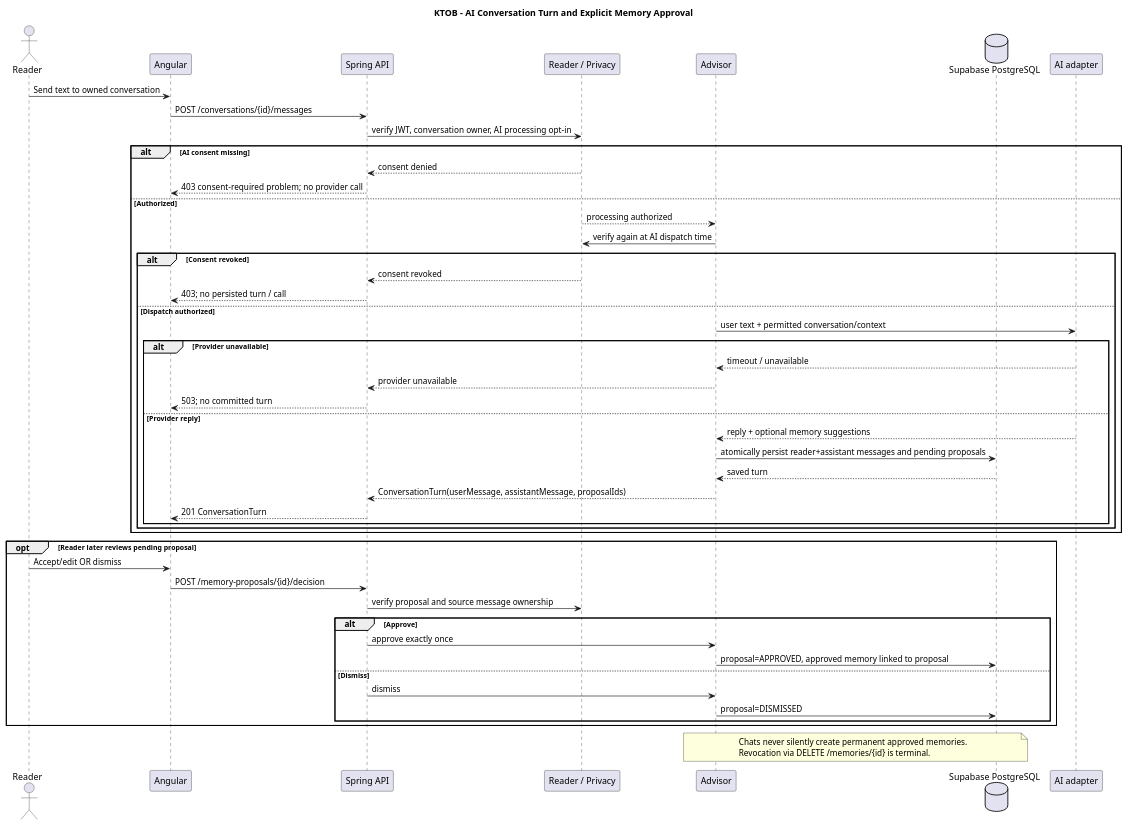
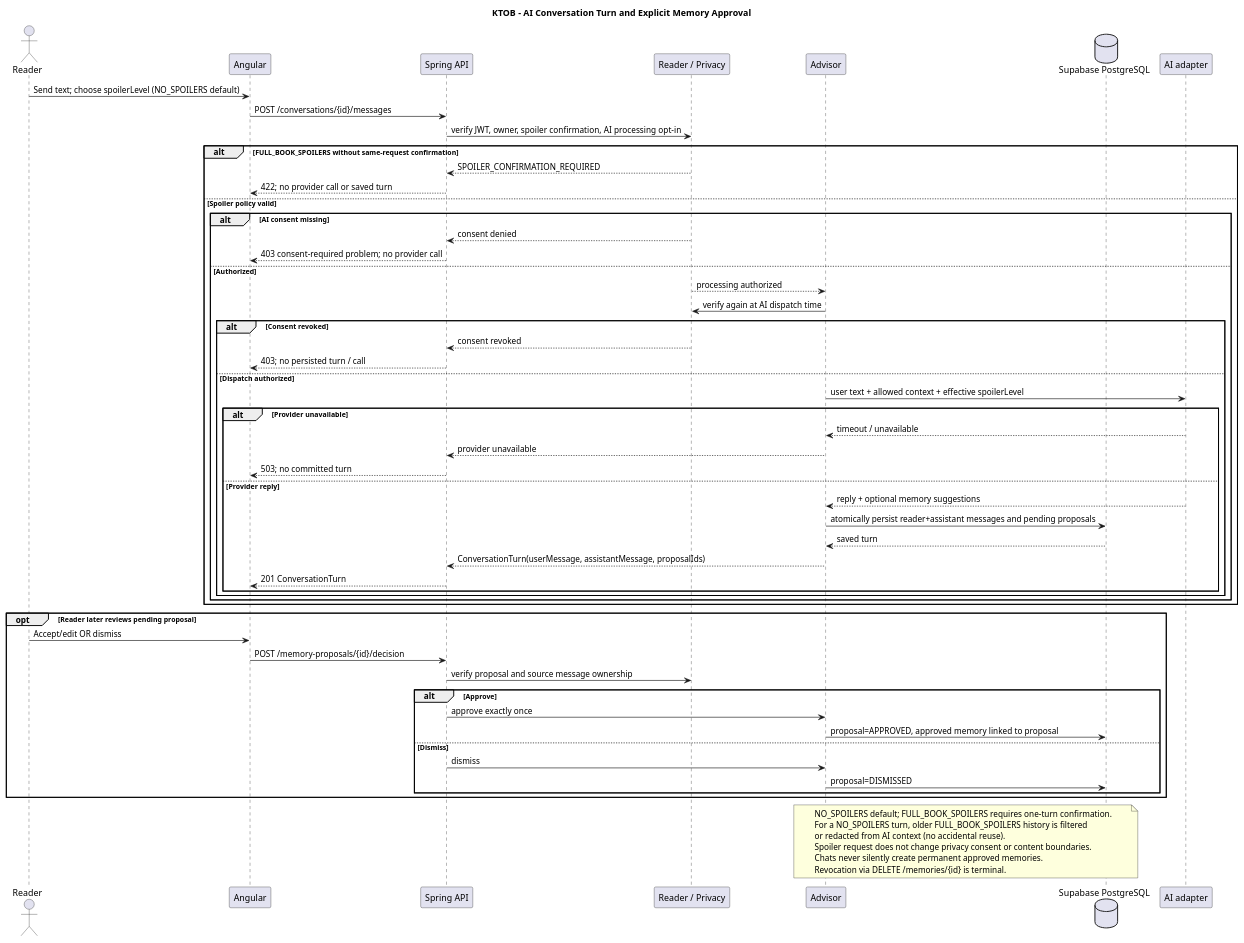
One commit to Adam-BArbia/ktob-literary-companion changed the diagram in docs/uml/10-sequence-memory.puml. Above: the diagram before and after it, drawn with PlantUML. The commit also changed 18 other files, not shown here.

Commit message:
docs(architecture): apply approved R1 ratings progress profile and spoiler defaults

```diff
--- a/docs/uml/10-sequence-memory.puml
+++ b/docs/uml/10-sequence-memory.puml
@@ -1,53 +1,62 @@
 @startuml KTOB_10_sequence_memory
 title KTOB - AI Conversation Turn and Explicit Memory Approval
 actor Reader
 participant "Angular" as UI
 participant "Spring API" as API
 participant "Reader / Privacy" as Privacy
 participant "Advisor" as Advisor
 database "Supabase PostgreSQL" as DB
 participant "AI adapter" as AI
-Reader -> UI : Send text to owned conversation
+Reader -> UI : Send text; choose spoilerLevel (NO_SPOILERS default)
 UI -> API : POST /conversations/{id}/messages
-API -> Privacy : verify JWT, conversation owner, AI processing opt-in
+API -> Privacy : verify JWT, owner, spoiler confirmation, AI processing opt-in
+alt FULL_BOOK_SPOILERS without same-request confirmation
+ Privacy --> API : SPOILER_CONFIRMATION_REQUIRED
+ API --> UI : 422; no provider call or saved turn
+else Spoiler policy valid
 alt AI consent missing
  Privacy --> API : consent denied
 API --> UI : 403 consent-required problem; no provider call
 else Authorized
  Privacy --> Advisor : processing authorized
  Advisor -> Privacy : verify again at AI dispatch time
  alt Consent revoked
   Privacy --> API : consent revoked
 API --> UI : 403; no persisted turn / call
  else Dispatch authorized
-  Advisor -> AI : user text + permitted conversation/context
+  Advisor -> AI : user text + allowed context + effective spoilerLevel
   alt Provider unavailable
    AI --> Advisor : timeout / unavailable
    Advisor --> API : provider unavailable
 API --> UI : 503; no committed turn
   else Provider reply
    AI --> Advisor : reply + optional memory suggestions
    Advisor -> DB : atomically persist reader+assistant messages and pending proposals
    DB --> Advisor : saved turn
    Advisor --> API : ConversationTurn(userMessage, assistantMessage, proposalIds)
 API --> UI : 201 ConversationTurn
   end
  end
+end
 end
 opt Reader later reviews pending proposal
  Reader -> UI : Accept/edit OR dismiss
  UI -> API : POST /memory-proposals/{id}/decision
  API -> Privacy : verify proposal and source message ownership
  alt Approve
   API -> Advisor : approve exactly once
   Advisor -> DB : proposal=APPROVED, approved memory linked to proposal
  else Dismiss
   API -> Advisor : dismiss
   Advisor -> DB : proposal=DISMISSED
  end
 end
 note over Advisor,DB
+NO_SPOILERS default; FULL_BOOK_SPOILERS requires one-turn confirmation.
+For a NO_SPOILERS turn, older FULL_BOOK_SPOILERS history is filtered
+or redacted from AI context (no accidental reuse).
+Spoiler request does not change privacy consent or content boundaries.
 Chats never silently create permanent approved memories.
 Revocation via DELETE /memories/{id} is terminal.
 end note
 @enduml
```
